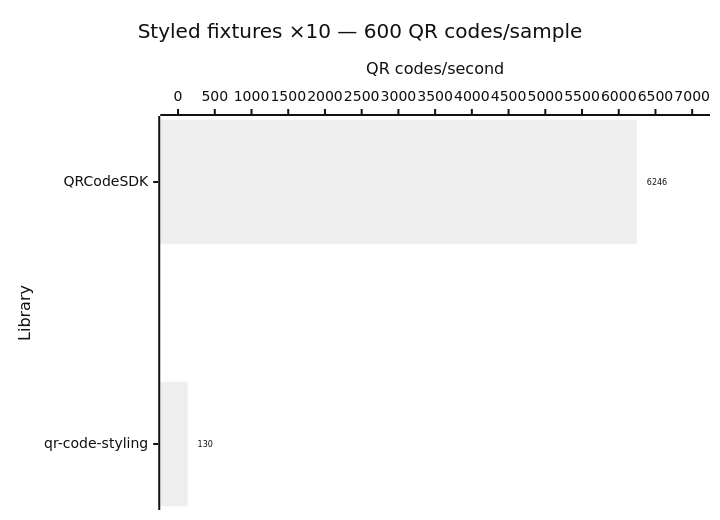
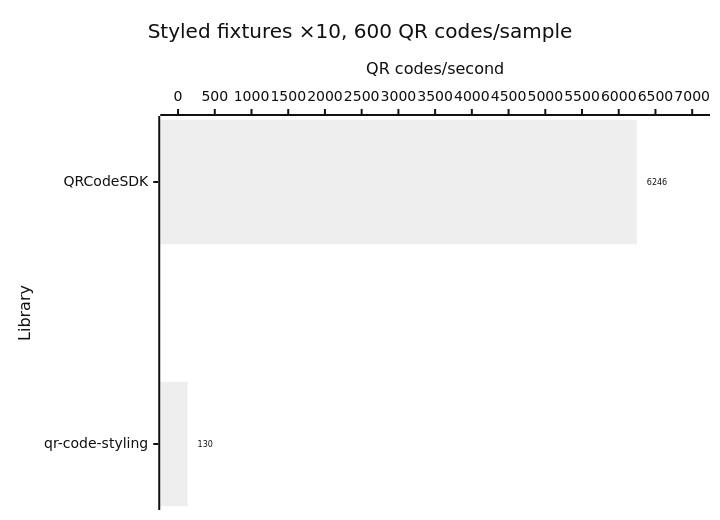
Diagram 13 of 14 in apps/docs/src/content/docs/learn/performance.md (Dafnik/qrcodesdk), drawn with Mermaid (neutral theme) before and after one commit. The commit also changed other lines of this file and 86 other files, not shown here.

````diff
--- a/apps/docs/src/content/docs/learn/performance.md
+++ b/apps/docs/src/content/docs/learn/performance.md
@@ -284,15 +284,15 @@
 ```mermaid
 ---
 config:
   xyChart:
     showDataLabel: true
     showDataLabelOutsideBar: true
 ---
 xychart horizontal
-  accTitle: Styled SVG generation: Styled fixtures ×10 — 600 QR codes/sample
+  accTitle: Styled SVG generation, Styled fixtures ×10, 600 QR codes/sample
   accDescr: Throughput calculated from median time. QRCodeSDK 6,246 QR codes per second, qr-code-styling 130 QR codes per second. Higher is better.
-  title "Styled fixtures ×10 — 600 QR codes/sample"
+  title "Styled fixtures ×10, 600 QR codes/sample"
   x-axis "Library" ["QRCodeSDK", "qr-code-styling"]
   y-axis "QR codes/second" 0 --> 7000
   bar [6246, 130]
 ```
````
